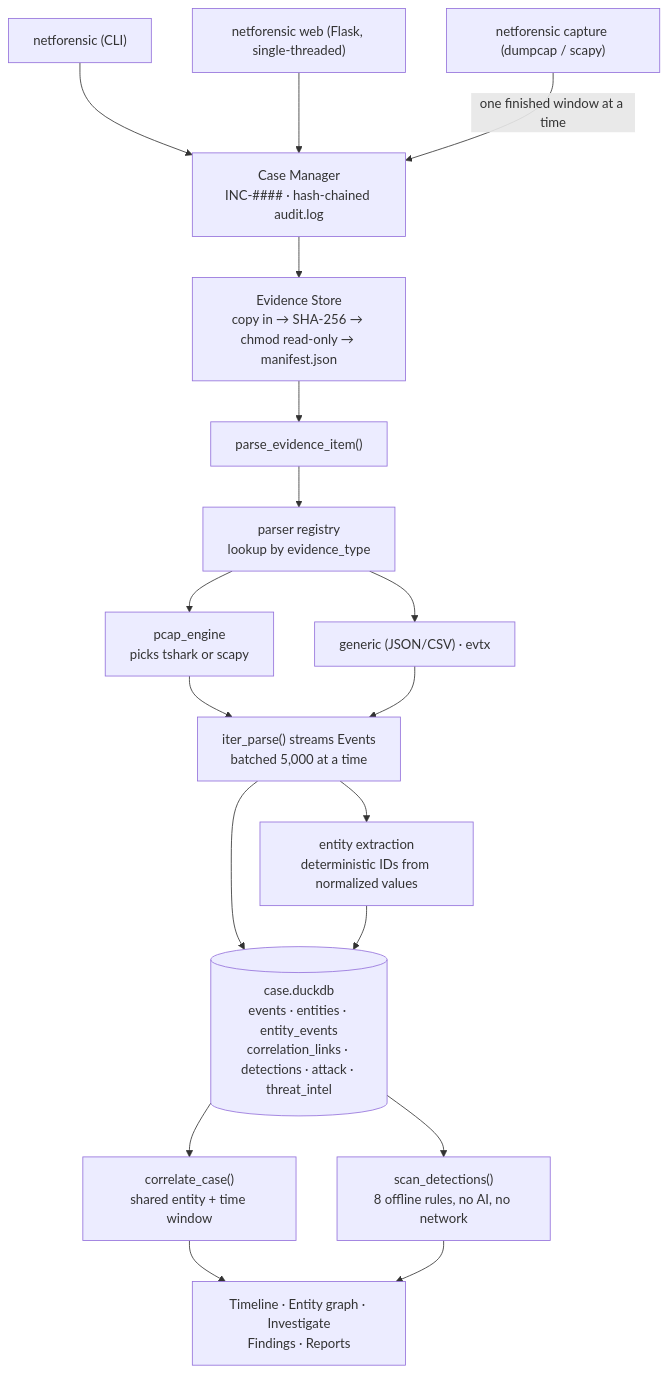
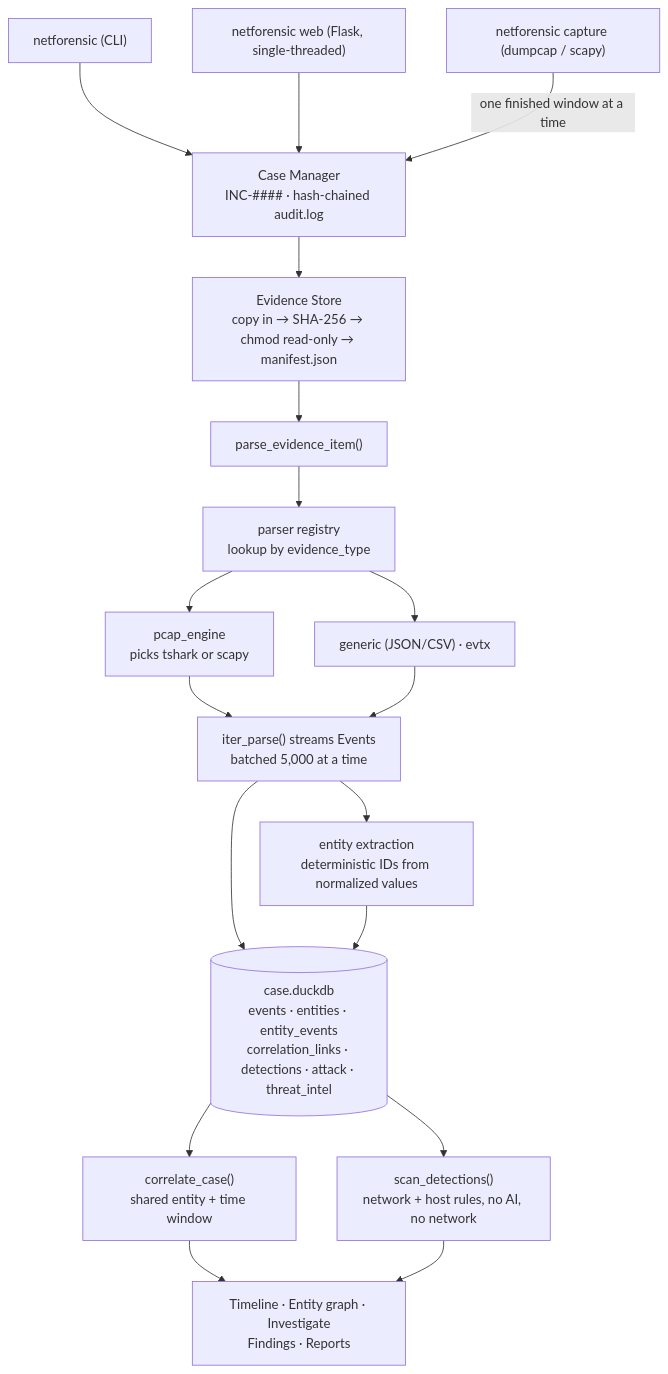
The diagram in docs/architecture.md (Sh3n0bi/NetForensicAI), drawn with Mermaid before and after one commit. The commit also changed other lines of this file and 8 other files, not shown here.

First line of the commit message:
feat(detections): Windows host rules + ATT&CK narrative stages (#67)

````diff
--- a/docs/architecture.md
+++ b/docs/architecture.md
@@ -21,27 +21,27 @@
 ```mermaid
 flowchart TD
     CLI["netforensic (CLI)"] --> CM
     WEB["netforensic web (Flask, single-threaded)"] --> CM
     CAP["netforensic capture (dumpcap / scapy)"] -->|"one finished window at a time"| CM
 
     CM["Case Manager<br/>INC-#### · hash-chained audit.log"] --> EV
     EV["Evidence Store<br/>copy in → SHA-256 → chmod read-only → manifest.json"] --> PIPE
 
     PIPE["parse_evidence_item()"] --> REG
     REG["parser registry<br/>lookup by evidence_type"] --> PCAP & OTHER
 
     PCAP["pcap_engine<br/>picks tshark or scapy"] --> STREAM
     OTHER["generic (JSON/CSV) · evtx"] --> STREAM
 
     STREAM["iter_parse() streams Events<br/>batched 5,000 at a time"] --> DB
     STREAM --> ENT
 
     ENT["entity extraction<br/>deterministic IDs from normalized values"] --> DB
     DB[("case.duckdb<br/>events · entities · entity_events<br/>correlation_links · detections · attack · threat_intel")]
 
     DB --> CORR["correlate_case()<br/>shared entity + time window"]
-    DB --> DET["scan_detections()<br/>8 offline rules, no AI, no network"]
+    DB --> DET["scan_detections()<br/>network + host rules, no AI, no network"]
     CORR --> OUT
     DET --> OUT
     OUT["Timeline · Entity graph · Investigate<br/>Findings · Reports"]
 ```
````
